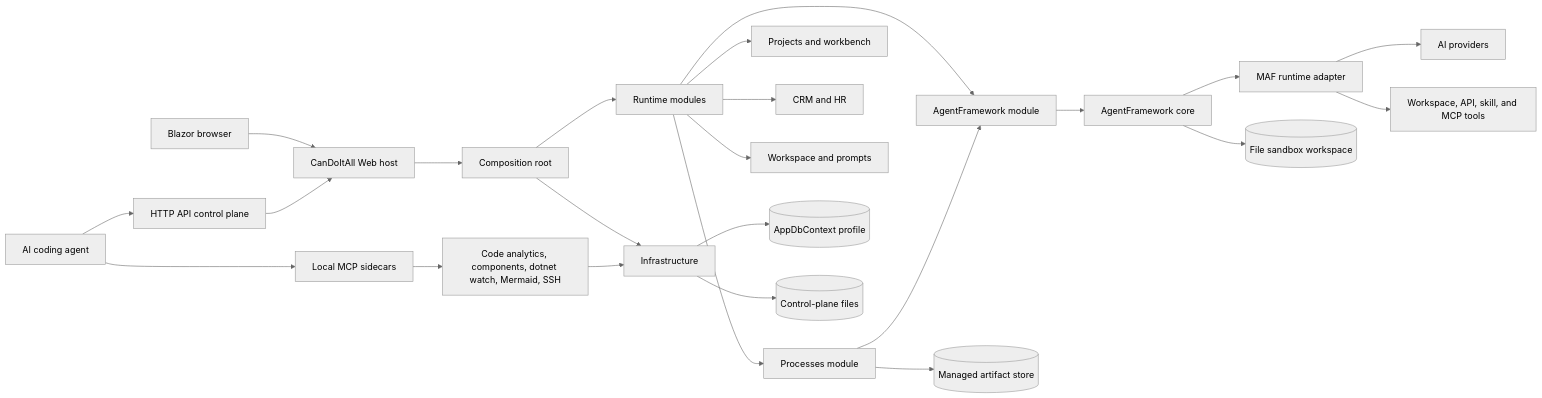
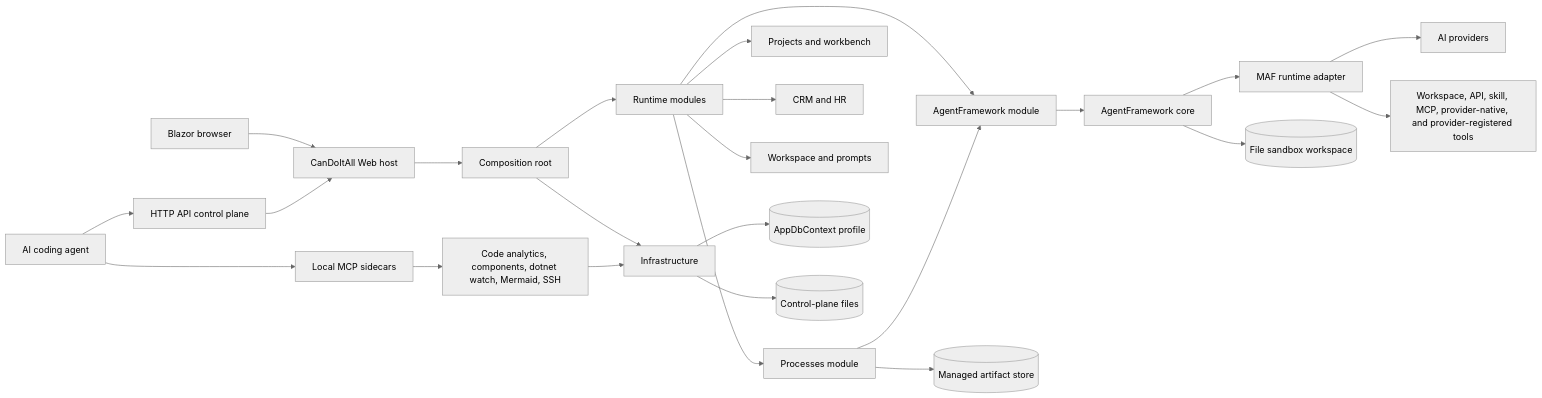
Before and after one commit to fyziktom/CanDoItAll: the first of 8 diagrams in docs/architecture-beta.md, drawn with Mermaid (neutral theme). The commit also changed other lines of this file and 151 other files, not shown here.

````diff
--- a/docs/architecture-beta.md
+++ b/docs/architecture-beta.md
@@ -26,31 +28,31 @@
 ```mermaid
 flowchart LR
     Browser["Blazor browser"] --> Web["CanDoItAll Web host"]
     Codex["AI coding agent"] --> Api["HTTP API control plane"]
     Codex --> Mcp["Local MCP sidecars"]
 
     Api --> Web
     Web --> Composition["Composition root"]
     Composition --> Infrastructure["Infrastructure"]
     Composition --> Modules["Runtime modules"]
 
     Modules --> Processes["Processes module"]
     Modules --> Projects["Projects and workbench"]
     Modules --> CrmHr["CRM and HR"]
     Modules --> Workspace["Workspace and prompts"]
     Modules --> AgentModule["AgentFramework module"]
 
     Processes --> AgentModule
     AgentModule --> AgentCore["AgentFramework core"]
     AgentCore --> Maf["MAF runtime adapter"]
     Maf --> Providers["AI providers"]
-    Maf --> Tools["Workspace, API, skill, and MCP tools"]
+    Maf --> Tools["Workspace, API, skill, MCP, provider-native, and provider-registered tools"]
 
     Infrastructure --> AppDb[("AppDbContext profile")]
     Infrastructure --> ControlPlane[("Control-plane files")]
     AgentCore --> WorkspaceStore[("File sandbox workspace")]
     Processes --> ManagedFiles[("Managed artifact store")]
 
     Mcp --> DevSidecars["Code analytics, components, dotnet watch, Mermaid, SSH"]
     DevSidecars --> Infrastructure
 ```
````
